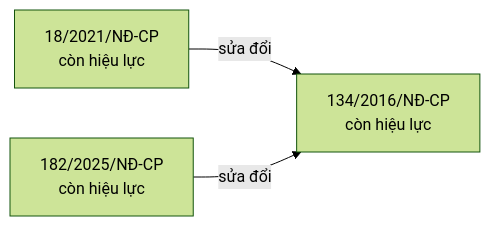
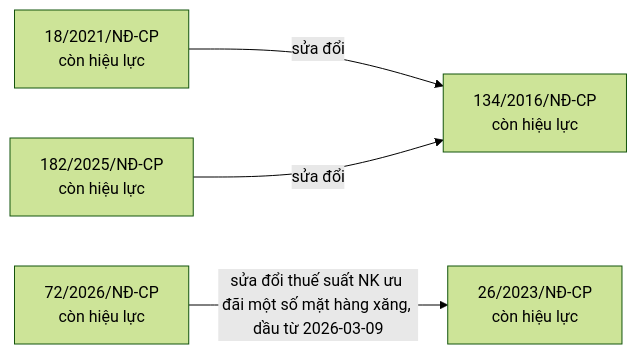
The seventh of 8 diagrams in bao-cao/quan-he.md (ozvietnam/oz-wiki-plhq), drawn with Mermaid (forest theme) before and after one commit. The commit also changed other lines of this file and 4 other files, not shown here.

````diff
--- a/bao-cao/quan-he.md
+++ b/bao-cao/quan-he.md
@@ -175,8 +195,11 @@
 ```mermaid
 flowchart LR
   n_18_2021_N__CP["18/2021/NĐ-CP<br/>còn hiệu lực"]
   n_134_2016_N__CP["134/2016/NĐ-CP<br/>còn hiệu lực"]
   n_182_2025_N__CP["182/2025/NĐ-CP<br/>còn hiệu lực"]
+  n_72_2026_N__CP["72/2026/NĐ-CP<br/>còn hiệu lực"]
+  n_26_2023_N__CP["26/2023/NĐ-CP<br/>còn hiệu lực"]
   n_18_2021_N__CP -->|sửa đổi| n_134_2016_N__CP
   n_182_2025_N__CP -->|sửa đổi| n_134_2016_N__CP
+  n_72_2026_N__CP -->|sửa đổi thuế suất NK ưu đãi một số mặt hàng xăng, dầu từ 2026-03-09| n_26_2023_N__CP
 ```
````
